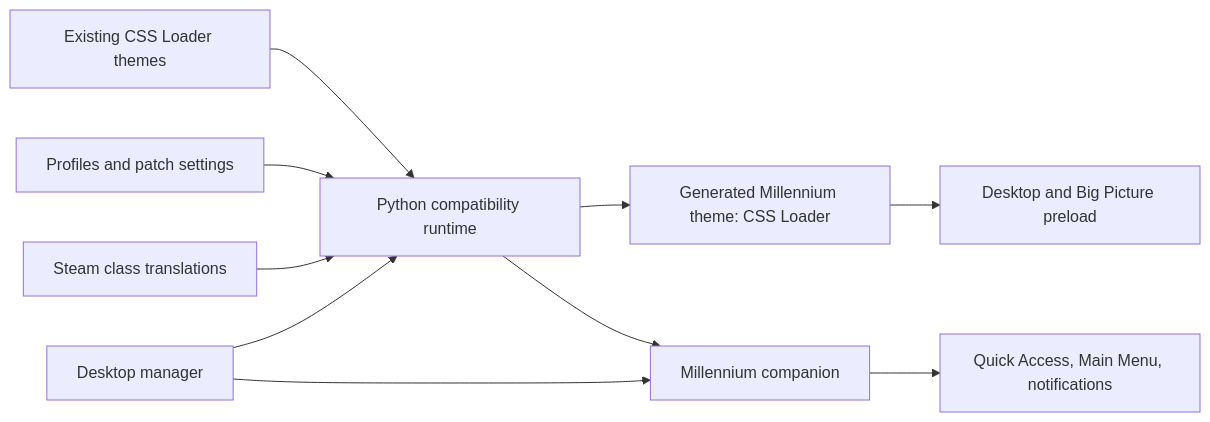
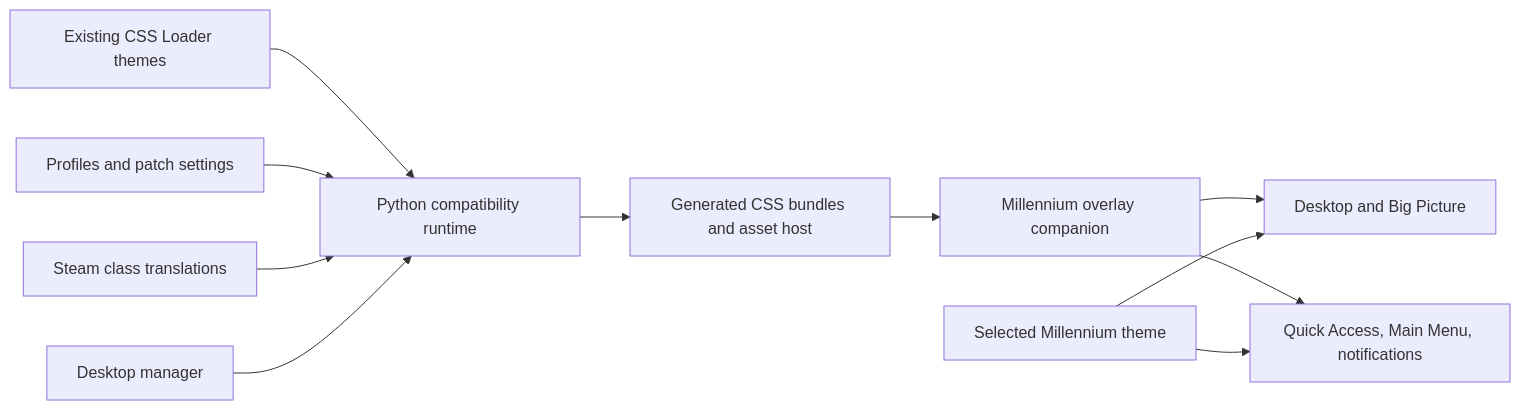
Before and after one commit to DevsNate/CSSLoader-Millennium: the diagram in docs/architecture.md, drawn with Mermaid. The commit also changed other lines of this file and 20 other files, not shown here.

````diff
--- a/docs/architecture.md
+++ b/docs/architecture.md
@@ -13,12 +13,13 @@
 ```mermaid
 flowchart LR
   T["Existing CSS Loader themes"] --> R["Python compatibility runtime"]
   C["Profiles and patch settings"] --> R
   M["Steam class translations"] --> R
-  R --> G["Generated Millennium theme: CSS Loader"]
-  G --> D["Desktop and Big Picture preload"]
-  R --> P["Millennium companion"]
+  R --> G["Generated CSS bundles and asset host"]
+  G --> P["Millennium overlay companion"]
+  P --> D["Desktop and Big Picture"]
   P --> I["Quick Access, Main Menu, notifications"]
+  S["Selected Millennium theme"] --> D
+  S --> I
   A["Desktop manager"] --> R
-  A --> P
 ```
````
